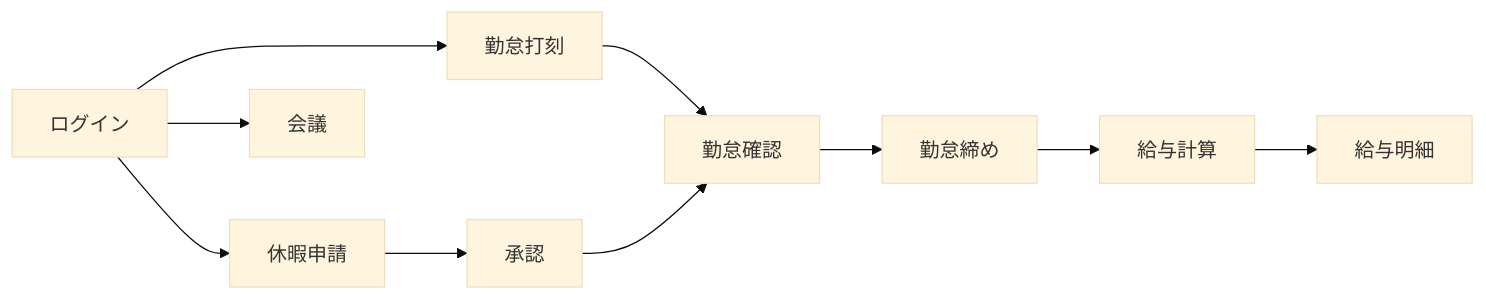
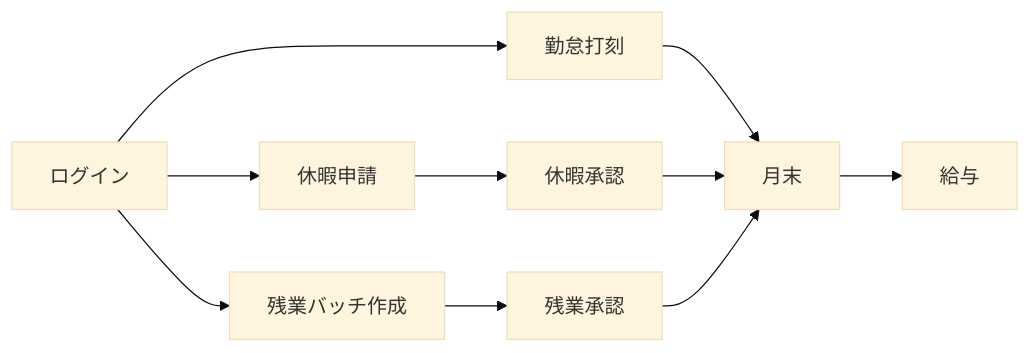
One commit to tamada-chinhhv/tmv-hrm-docs changed the diagram in README.md. Above: the diagram before and after it, drawn with Mermaid (base theme). The commit also changed other lines of this file and 122 other files, not shown here.

````diff
--- a/README.md
+++ b/README.md
@@ -92,12 +67,12 @@
 ```mermaid
 flowchart LR
   A[ログイン] --> B[勤怠打刻]
   A --> C[休暇申請]
-  C --> D[承認]
-  B --> E[勤怠確認]
-  D --> E
-  E --> F[勤怠締め]
-  F --> G[給与計算]
-  G --> H[給与明細]
-  A --> I[会議]
+  C --> D[休暇承認]
+  A --> E[残業バッチ作成]
+  E --> F[残業承認]
+  B --> G[月末]
+  D --> G
+  F --> G
+  G --> H[給与]
 ```
````
